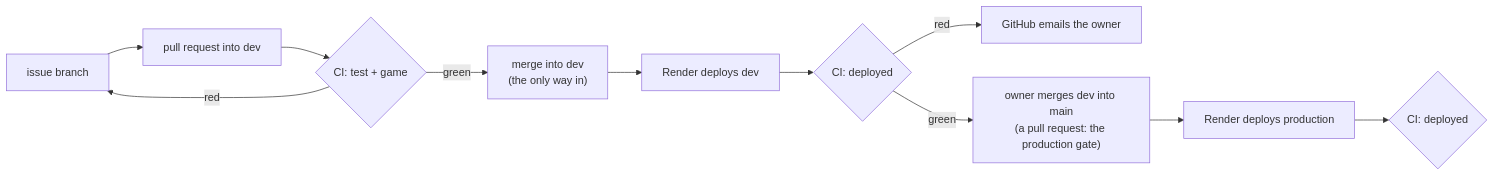
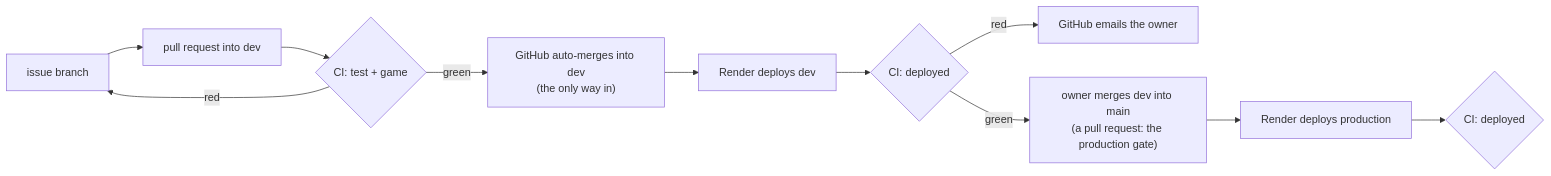
One commit to alexisdacquay/immune-citadel-v4 changed the diagram in docs/OPERATIONS.md. Above: the diagram before and after it, drawn with Mermaid. The commit also changed other lines of this file and 5 other files, not shown here.

Commit message:
Pipeline: steps 3 and 4 done (proof); docs describe auto-merge, deploy on commit, and who notices what

````diff
--- a/docs/OPERATIONS.md
+++ b/docs/OPERATIONS.md
@@ -17,11 +17,11 @@
 ```mermaid
 flowchart LR
     B["issue branch"] --> PR["pull request into dev"]
     PR --> CI{"CI: test + game"}
     CI -- red --> B
-    CI -- green --> M["merge into dev<br/>(the only way in)"]
+    CI -- green --> M["GitHub auto-merges into dev<br/>(the only way in)"]
     M --> DEV["Render deploys dev"] --> V{"CI: deployed"}
     V -- red --> E["GitHub emails the owner"]
     V -- green --> P["owner merges dev into main<br/>(a pull request: the production gate)"]
     P --> PROD["Render deploys production"] --> V2{"CI: deployed"}
 ```
````
